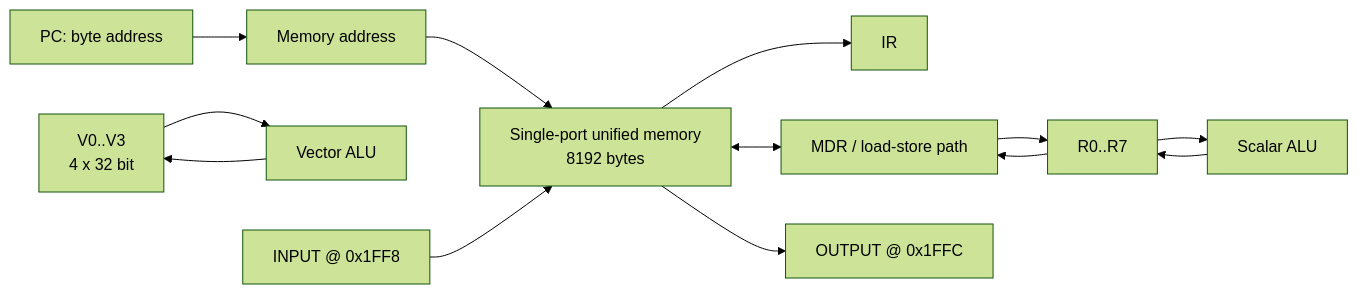
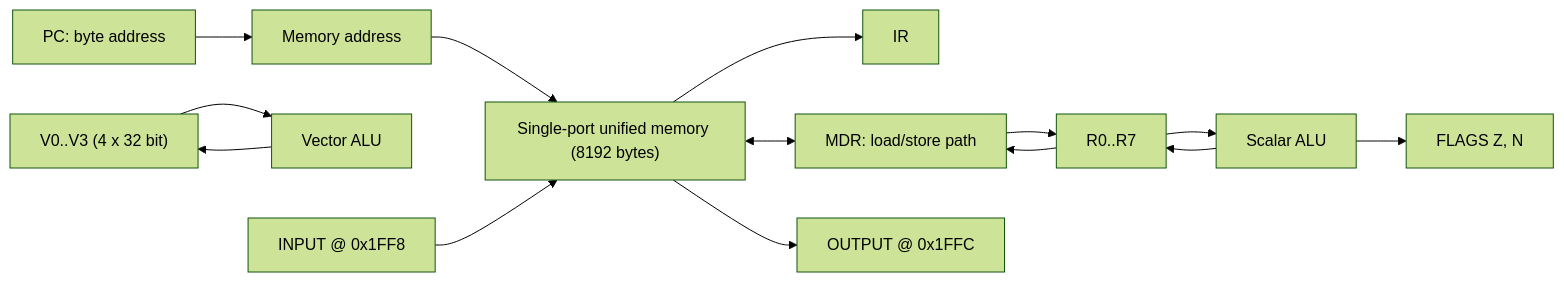
The first of 2 diagrams in README.md (mrkotmon/lab4_csa), drawn with Mermaid (forest theme) before and after one commit. The commit also changed other lines of this file, not shown here.

````diff
--- a/README.md
+++ b/README.md
@@ -152,15 +427,16 @@
 ```mermaid
 flowchart LR
     PC[PC: byte address] --> MAR[Memory address]
     RF[R0..R7] --> ALU[Scalar ALU]
-    VR[V0..V3<br/>4 x 32 bit] --> VALU[Vector ALU]
+    VR["V0..V3 (4 x 32 bit)"] --> VALU[Vector ALU]
     ALU --> RF
     VALU --> VR
-    MAR --> MEM[Single-port unified memory<br/>8192 bytes]
+    ALU --> FL[FLAGS Z, N]
+    MAR --> MEM["Single-port unified memory (8192 bytes)"]
     MEM --> IR[IR]
-    MEM <--> MDR[MDR / load-store path]
+    MEM <--> MDR[MDR: load/store path]
     MDR --> RF
     RF --> MDR
-    IOIN[INPUT @ 0x1FF8] --> MEM
-    MEM --> IOOUT[OUTPUT @ 0x1FFC]
+    IOIN["INPUT @ 0x1FF8"] --> MEM
+    MEM --> IOOUT["OUTPUT @ 0x1FFC"]
 ```
````
